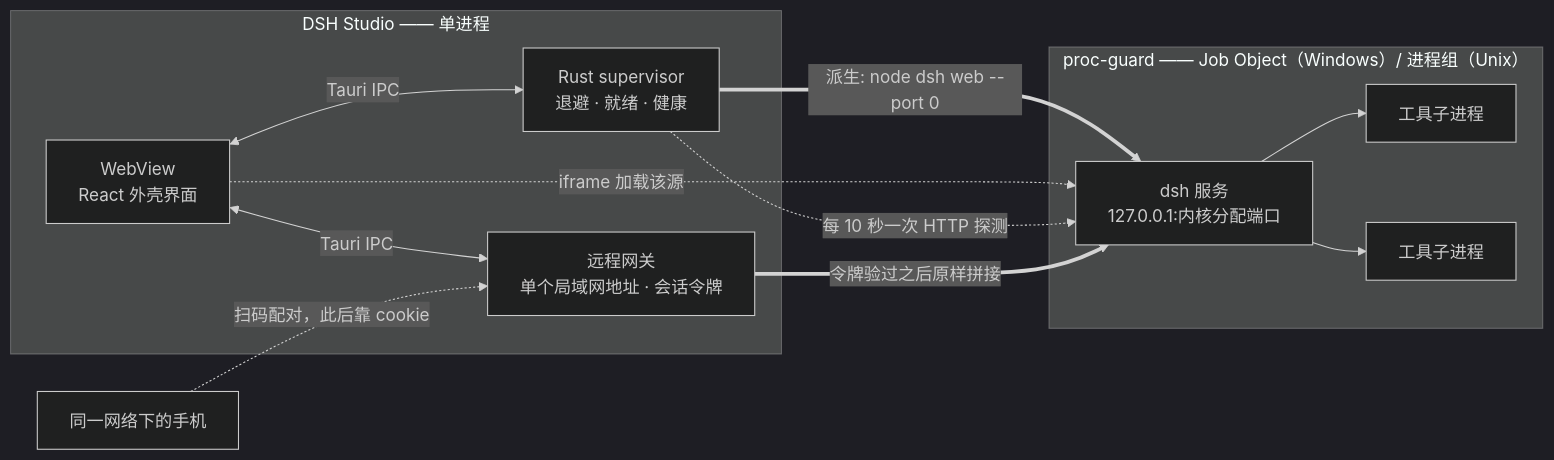
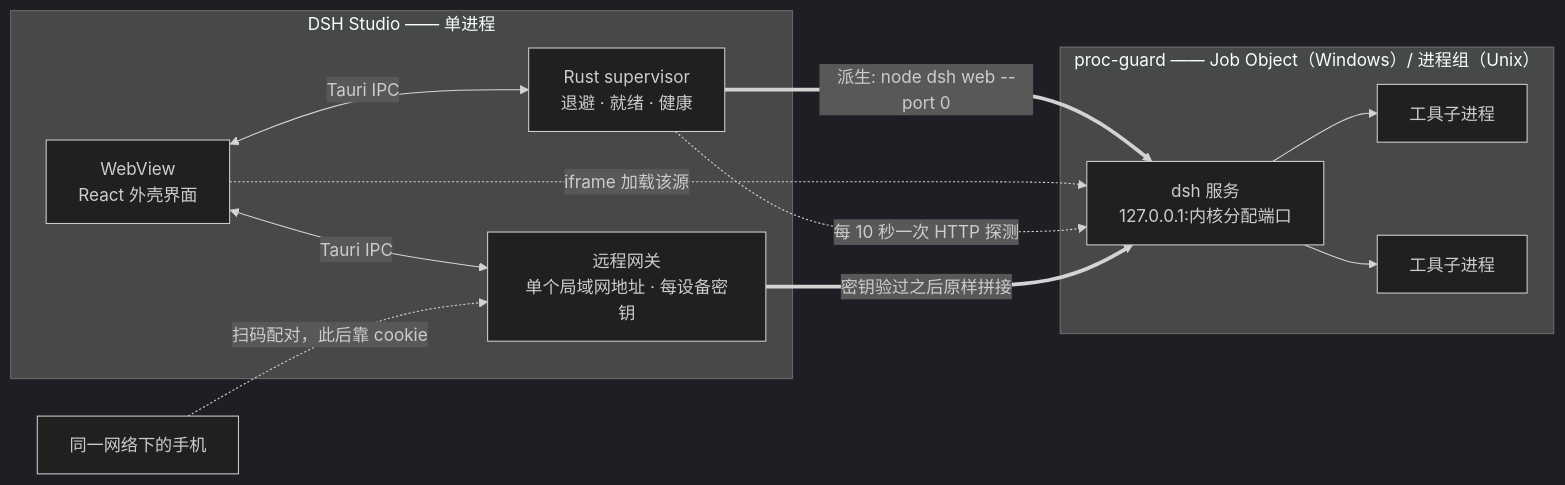
One commit to Moresyl/dsh-studio changed the diagram in README.zh-CN.md. Above: the diagram before and after it, drawn with Mermaid (dark theme). The commit also changed other lines of this file and 13 other files, not shown here.

````diff
--- a/README.zh-CN.md
+++ b/README.zh-CN.md
@@ -86,27 +89,27 @@
 ```mermaid
 flowchart LR
   phone["同一网络下的手机"]
 
   subgraph app["DSH Studio —— 单进程"]
     ui["WebView<br/>React 外壳界面"]
     sup["Rust supervisor<br/>退避 · 就绪 · 健康"]
-    gw["远程网关<br/>单个局域网地址 · 会话令牌"]
+    gw["远程网关<br/>单个局域网地址 · 每设备密钥"]
     ui <-->|Tauri IPC| sup
     ui <-->|Tauri IPC| gw
   end
 
   sup ==>|"派生: node dsh web --port 0"| dsh
 
   subgraph guard["proc-guard —— Job Object（Windows）/ 进程组（Unix）"]
     dsh["dsh 服务<br/>127.0.0.1:内核分配端口"]
     t1["工具子进程"]
     t2["工具子进程"]
     dsh --> t1
     dsh --> t2
   end
 
   ui -.->|iframe 加载该源| dsh
   sup -.->|"每 10 秒一次 HTTP 探测"| dsh
   phone -.->|"扫码配对，此后靠 cookie"| gw
-  gw ==>|"令牌验过之后原样拼接"| dsh
+  gw ==>|"密钥验过之后原样拼接"| dsh
 ```
````
